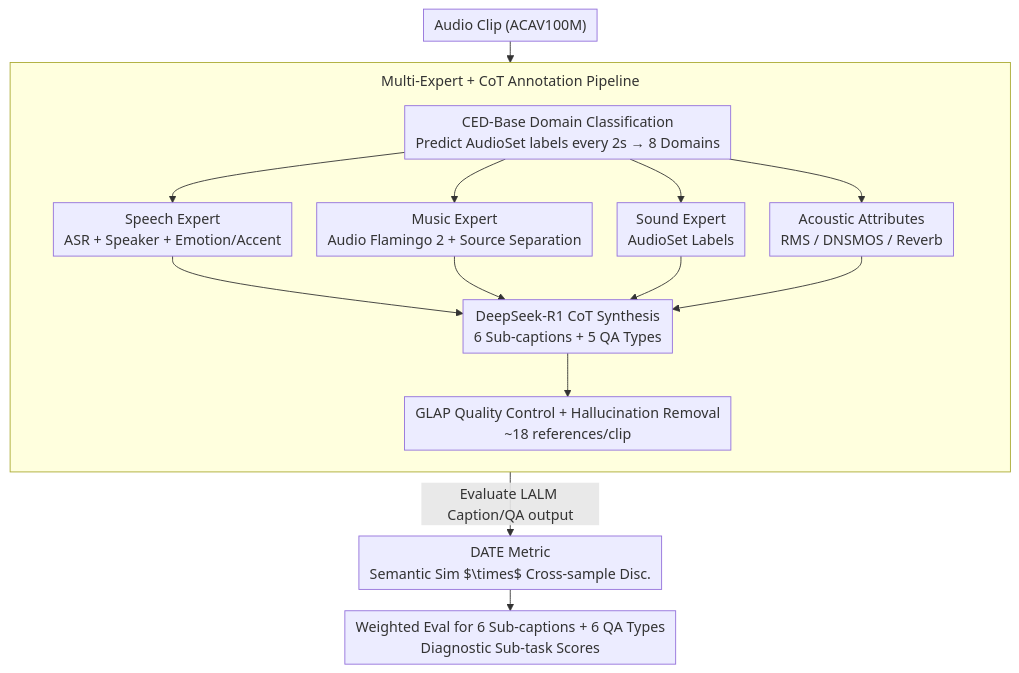
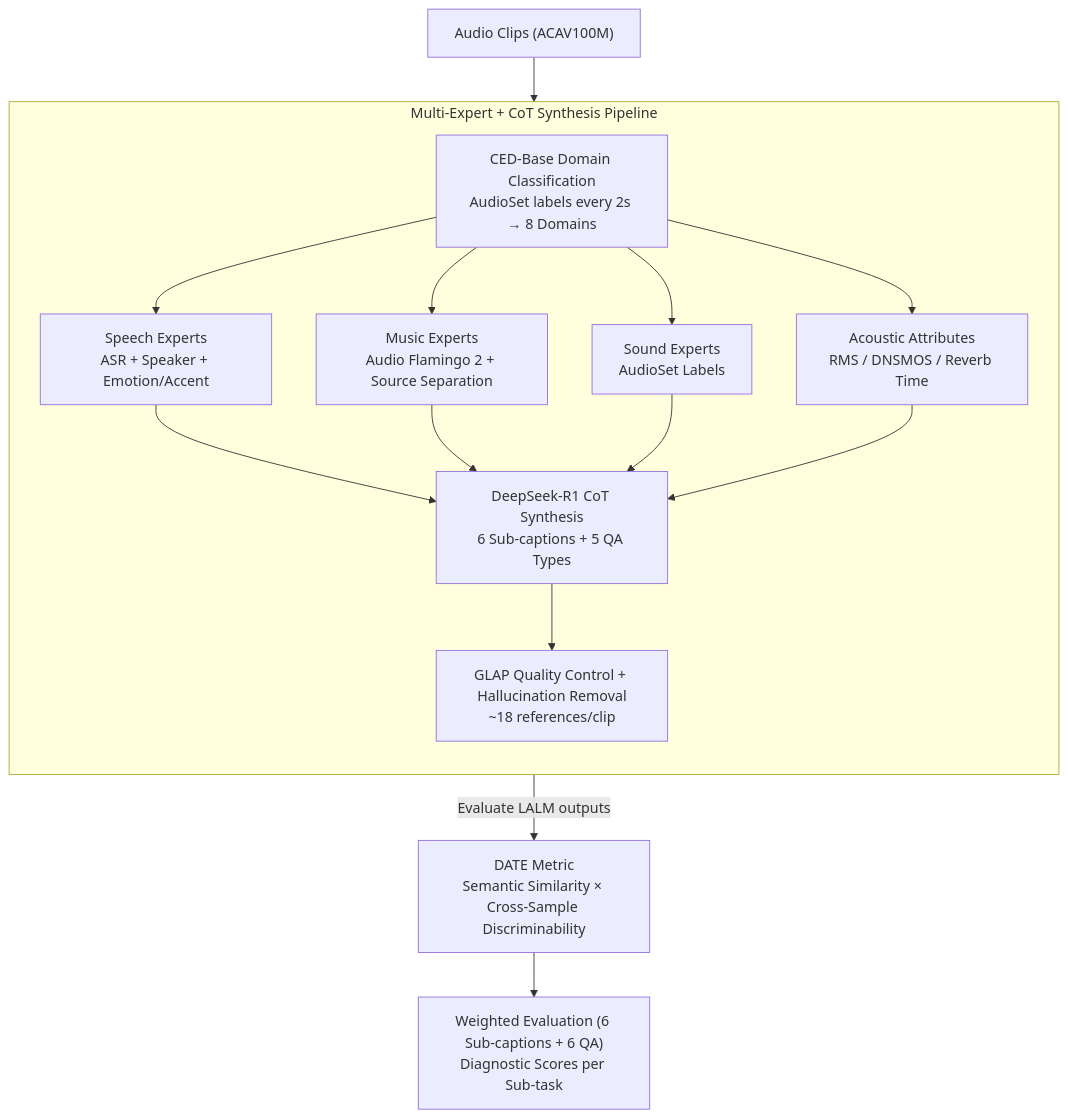
The diagram in docs/ICML2026/audio_speech/mecat_a_multi-experts_constructed_benchmark_for_fine-grained_audio_understanding.md (zhaoyang97/Paper-Notes-en), drawn with Mermaid before and after one commit. The commit also changed other lines of this file and 5084 other files, not shown here.

````diff
--- a/docs/ICML2026/audio_speech/mecat_a_multi-experts_constructed_benchmark_for_fine-grained_audio_understanding.md
+++ b/docs/ICML2026/audio_speech/mecat_a_multi-experts_constructed_benchmark_for_fine-grained_audio_understanding.md
@@ -43,19 +43,18 @@
 ```mermaid
-%%{init: {'flowchart': {'rankSpacing': 24, 'nodeSpacing': 28, 'padding': 6, 'wrappingWidth': 400, 'subGraphTitleMargin': {'top': 8, 'bottom': 16}}}}%%
-flowchart TD
-    A["Audio Clip (ACAV100M)"] --> B["CED-Base Domain Classification<br/>Predict AudioSet labels every 2s → 8 Domains"]
-    subgraph EXP["Multi-Expert + CoT Annotation Pipeline"]
+graph TD
+    A["Audio Clips (ACAV100M)"] --> B["CED-Base Domain Classification<br/>AudioSet labels every 2s → 8 Domains"]
+    subgraph EXP["Multi-Expert + CoT Synthesis Pipeline"]
         direction TB
-        B --> C1["Speech Expert<br/>ASR + Speaker + Emotion/Accent"]
-        B --> C2["Music Expert<br/>Audio Flamingo 2 + Source Separation"]
-        B --> C3["Sound Expert<br/>AudioSet Labels"]
-        B --> C4["Acoustic Attributes<br/>RMS / DNSMOS / Reverb"]
+        B --> C1["Speech Experts<br/>ASR + Speaker + Emotion/Accent"]
+        B --> C2["Music Experts<br/>Audio Flamingo 2 + Source Separation"]
+        B --> C3["Sound Experts<br/>AudioSet Labels"]
+        B --> C4["Acoustic Attributes<br/>RMS / DNSMOS / Reverb Time"]
         C1 --> D["DeepSeek-R1 CoT Synthesis<br/>6 Sub-captions + 5 QA Types"]
         C2 --> D
         C3 --> D
         C4 --> D
         D --> F["GLAP Quality Control + Hallucination Removal<br/>~18 references/clip"]
     end
-    F -->|"Evaluate LALM Caption/QA output"| G["DATE Metric<br/>Semantic Sim $\times$ Cross-sample Disc."]
-    G --> H["Weighted Eval for 6 Sub-captions + 6 QA Types<br/>Diagnostic Sub-task Scores"]
+    F -->|"Evaluate LALM outputs"| G["DATE Metric<br/>Semantic Similarity × Cross-Sample Discriminability"]
+    G --> H["Weighted Evaluation (6 Sub-captions + 6 QA)<br/>Diagnostic Scores per Sub-task"]
 ```
````
